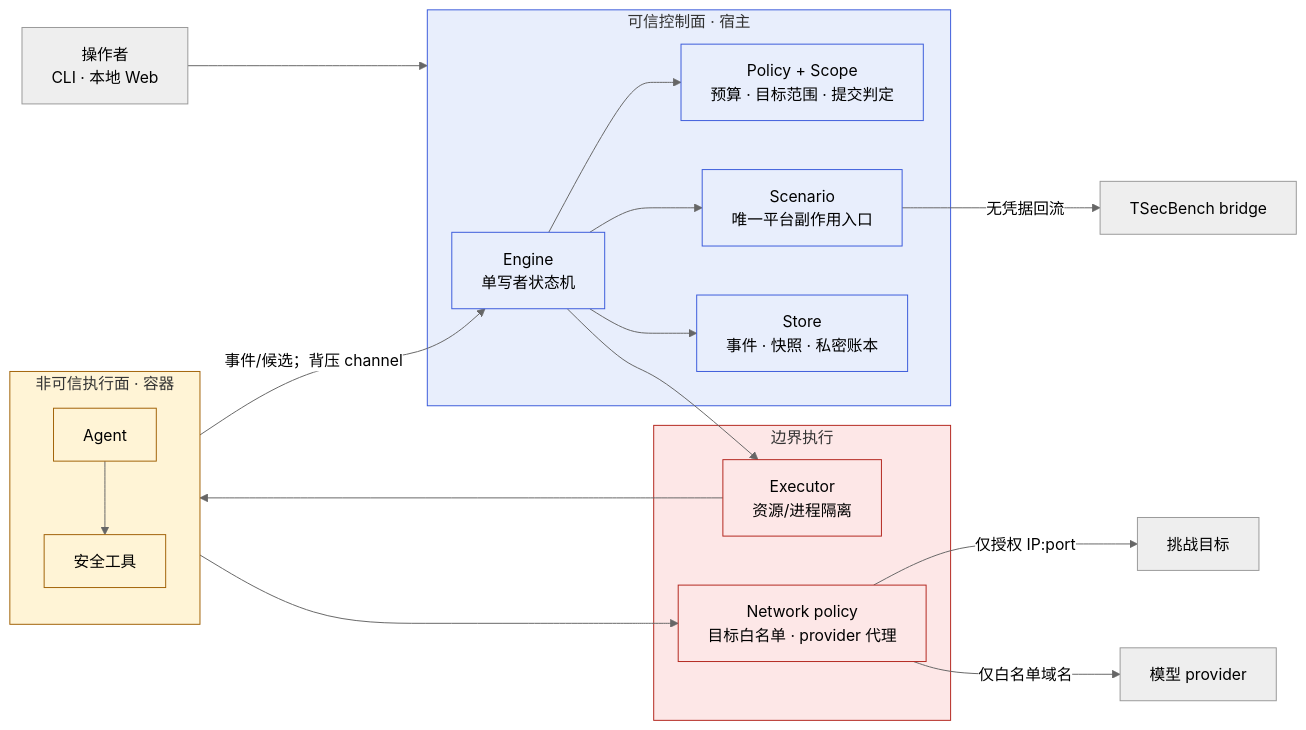
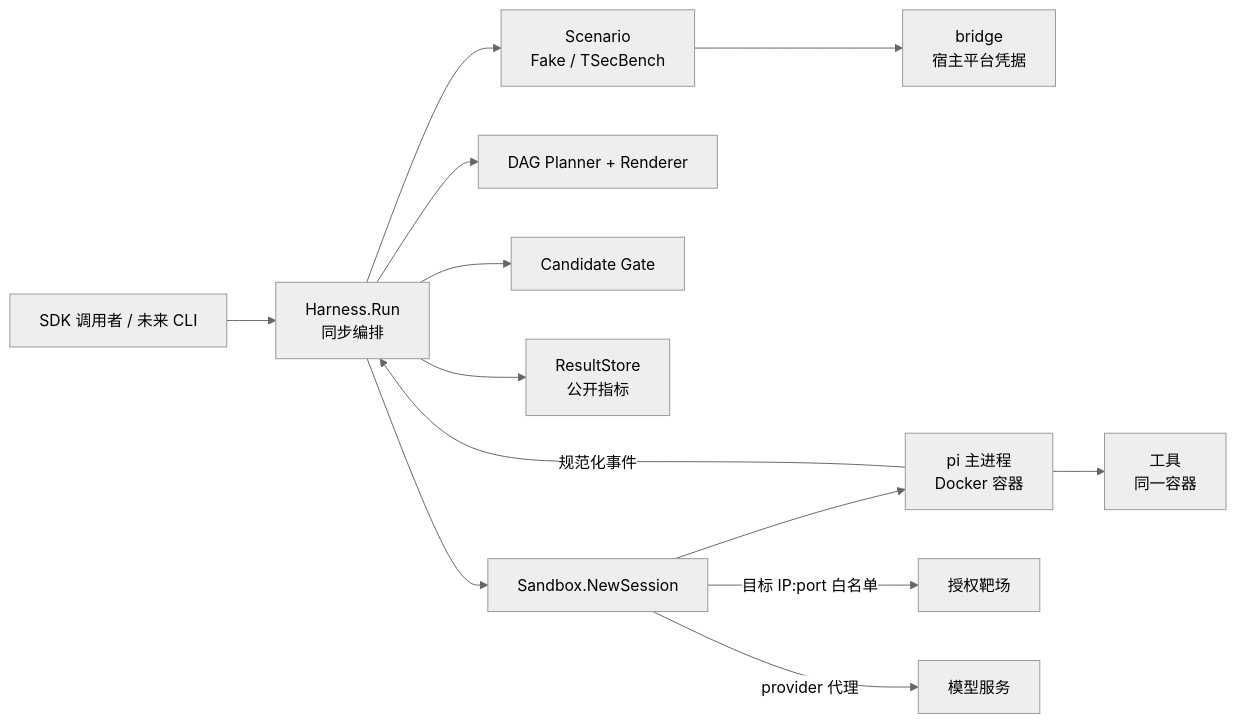
One commit to red-copilot/red-harness changed the first of 2 diagrams in docs/architecture.md. Above: the diagram before and after it, drawn with Mermaid (neutral theme). The commit also changed other lines of this file and 16 other files, not shown here.

````diff
--- a/docs/architecture.md
+++ b/docs/architecture.md
@@ -21,37 +10,15 @@
-```mermaid
+~~~mermaid
 flowchart LR
-    U["操作者<br/>CLI · 本地 Web"] --> CP
-
-    subgraph CP["可信控制面 · 宿主"]
-        EN["Engine<br/>单写者状态机"]
-        PO["Policy + Scope<br/>预算 · 目标范围 · 提交判定"]
-        SC["Scenario<br/>唯一平台副作用入口"]
-        ST["Store<br/>事件 · 快照 · 私密账本"]
-        EN --> PO
-        EN --> SC
-        EN --> ST
-    end
-
-    subgraph EP["非可信执行面 · 容器"]
-        AG["Agent"] --> TL["安全工具"]
-    end
-
-    subgraph BG["边界执行"]
-        EX["Executor<br/>资源/进程隔离"]
-        NW["Network policy<br/>目标白名单 · provider 代理"]
-    end
-
-    EN --> EX --> EP
-    EP -->|"事件/候选；背压 channel"| EN
-    EP --> NW
-    SC -->|"无凭据回流"| PF["TSecBench bridge"]
-    NW -->|"仅授权 IP:port"| TG["挑战目标"]
-    NW -->|"仅白名单域名"| PV["模型 provider"]
-
-    classDef trusted fill:#e8eefc,stroke:#3b5bdb
-    classDef untrusted fill:#fff4d6,stroke:#a16207
-    classDef boundary fill:#fde7e7,stroke:#b3261e
-    class CP,EN,PO,SC,ST trusted
-    class EP,AG,TL untrusted
-    class BG,EX,NW boundary
-```
+    Caller["SDK 调用者 / 未来 CLI"] --> H["Harness.Run<br/>同步编排"]
+    H --> S["Scenario<br/>Fake / TSecBench"]
+    S --> B["bridge<br/>宿主平台凭据"]
+    H --> D["DAG Planner + Renderer"]
+    H --> G["Candidate Gate"]
+    H --> R["ResultStore<br/>公开指标"]
+    H --> X["Sandbox.NewSession"]
+    X --> P["pi 主进程<br/>Docker 容器"]
+    P --> T["工具<br/>同一容器"]
+    P -->|"规范化事件"| H
+    X -->|"目标 IP:port 白名单"| Target["授权靶场"]
+    X -->|"provider 代理"| Model["模型服务"]
+~~~
````
